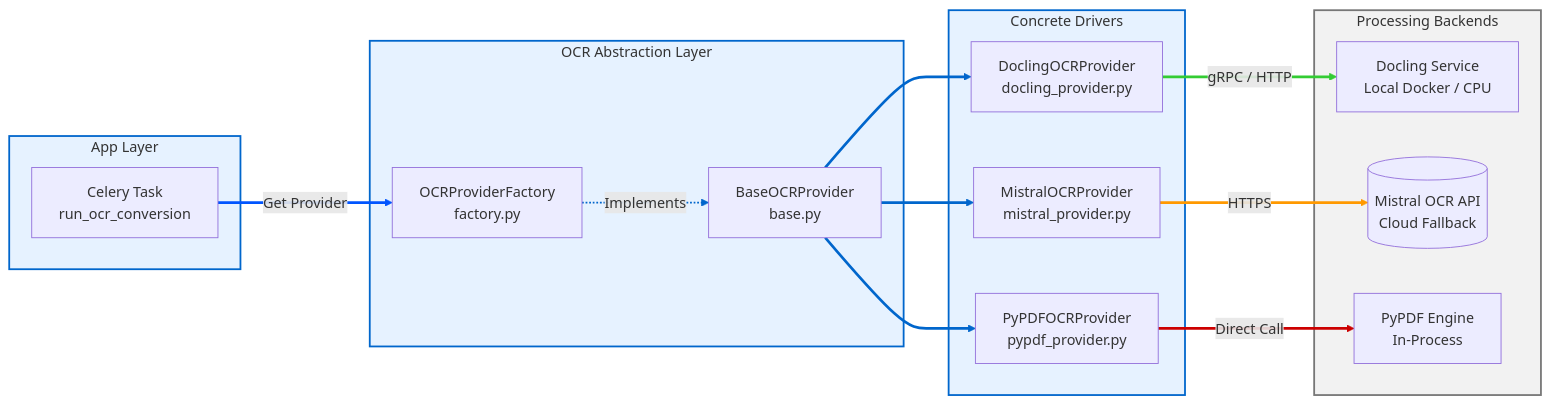
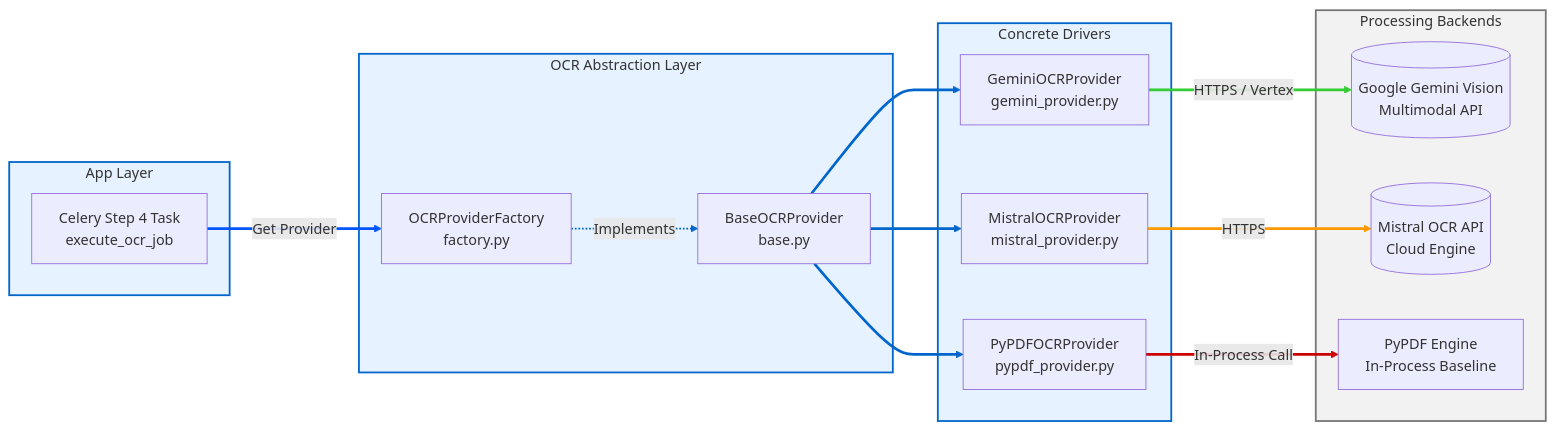
One commit to p4ku/research-intelligence changed the diagram in docs/diagrams/ocr_providers.mmd. Above: the diagram before and after it, drawn with Mermaid. The commit also changed 15 other files, not shown here.

Commit message:
docs: update diagrams and user guides for 8-stage SLR pipeline and workspace config import/export

```diff
--- a/docs/diagrams/ocr_providers.mmd
+++ b/docs/diagrams/ocr_providers.mmd
@@ -1,44 +1,44 @@
 graph LR
     subgraph Caller ["App Layer"]
-        caller[Celery Task <br> run_ocr_conversion]
+        caller[Celery Step 4 Task <br> execute_ocr_job]
     end
     style Caller fill:#e6f2ff,stroke:#0066cc,stroke-width:2px
 
     subgraph Interface ["OCR Abstraction Layer"]
         factory[OCRProviderFactory <br> factory.py]
         interface[BaseOCRProvider <br> base.py]
     end
     style Interface fill:#e6f2ff,stroke:#0066cc,stroke-width:2px
 
     subgraph Drivers ["Concrete Drivers"]
-        docling[DoclingOCRProvider <br> docling_provider.py]
+        gemini_ocr[GeminiOCRProvider <br> gemini_provider.py]
         mistral[MistralOCRProvider <br> mistral_provider.py]
         pypdf[PyPDFOCRProvider <br> pypdf_provider.py]
     end
     style Drivers fill:#e6f2ff,stroke:#0066cc,stroke-width:2px
 
     subgraph Backend ["Processing Backends"]
-        docling_svc[Docling Service <br> Local Docker / CPU]
-        mistral_api[(Mistral OCR API <br> Cloud Fallback)]
-        pypdf_eng[PyPDF Engine <br> In-Process]
+        gemini_api[(Google Gemini Vision <br> Multimodal API)]
+        mistral_api[(Mistral OCR API <br> Cloud Engine)]
+        pypdf_eng[PyPDF Engine <br> In-Process Baseline]
     end
     style Backend fill:#f2f2f2,stroke:#777777,stroke-width:2px
 
     caller ==>|Get Provider| factory
     factory -.->|Implements| interface
-    interface ==> docling
+    interface ==> gemini_ocr
     interface ==> mistral
     interface ==> pypdf
 
-    docling ==>|gRPC / HTTP| docling_svc
+    gemini_ocr ==>|HTTPS / Vertex| gemini_api
     mistral ==>|HTTPS| mistral_api
-    pypdf ==>|Direct Call| pypdf_eng
+    pypdf ==>|In-Process Call| pypdf_eng
 
     linkStyle 0 stroke:#0055ff,stroke-width:3px;
     linkStyle 1 stroke:#0066cc,stroke-width:2px;
     linkStyle 2 stroke:#0066cc,stroke-width:3px;
     linkStyle 3 stroke:#0066cc,stroke-width:3px;
     linkStyle 4 stroke:#0066cc,stroke-width:3px;
     linkStyle 5 stroke:#33cc33,stroke-width:3px;
     linkStyle 6 stroke:#ff9900,stroke-width:3px;
     linkStyle 7 stroke:#cc0000,stroke-width:3px;
```
